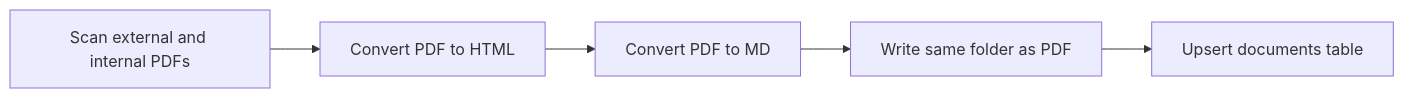
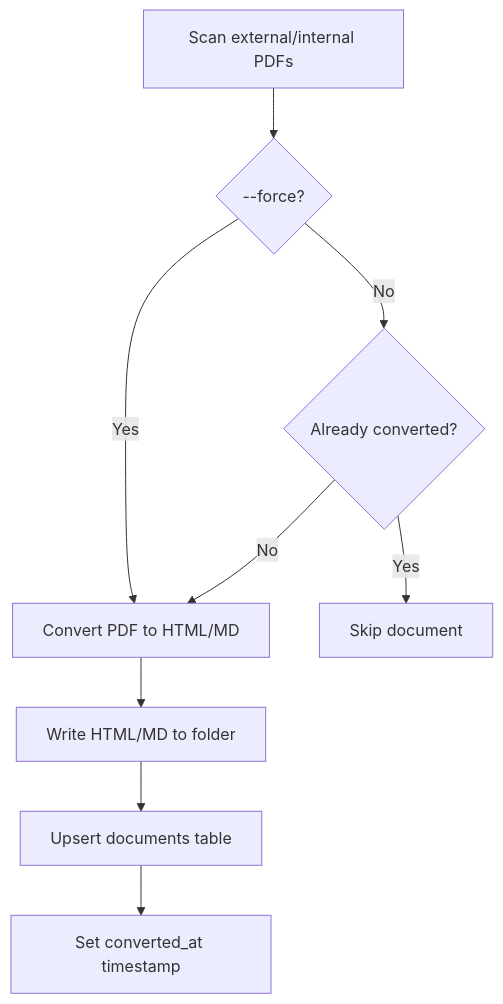
Before and after one commit to Rajesh-Nair/RISEAPP: the third of 5 diagrams in README.md, drawn with Mermaid. The commit also changed other lines of this file and 16 other files, not shown here.

````diff
--- a/README.md
+++ b/README.md
@@ -203,7 +324,11 @@
 ```mermaid
-flowchart LR
-  A[Scan external and internal PDFs] --> B[Convert PDF to HTML]
-  B --> C[Convert PDF to MD]
-  C --> D[Write same folder as PDF]
-  D --> E[Upsert documents table]
+flowchart TB
+  A[Scan external/internal PDFs] --> B{--force?}
+  B -->|Yes| D[Convert PDF to HTML/MD]
+  B -->|No| C{Already converted?}
+  C -->|Yes| Skip[Skip document]
+  C -->|No| D
+  D --> E[Write HTML/MD to folder]
+  E --> F[Upsert documents table]
+  F --> G[Set converted_at timestamp]
 ```
````
